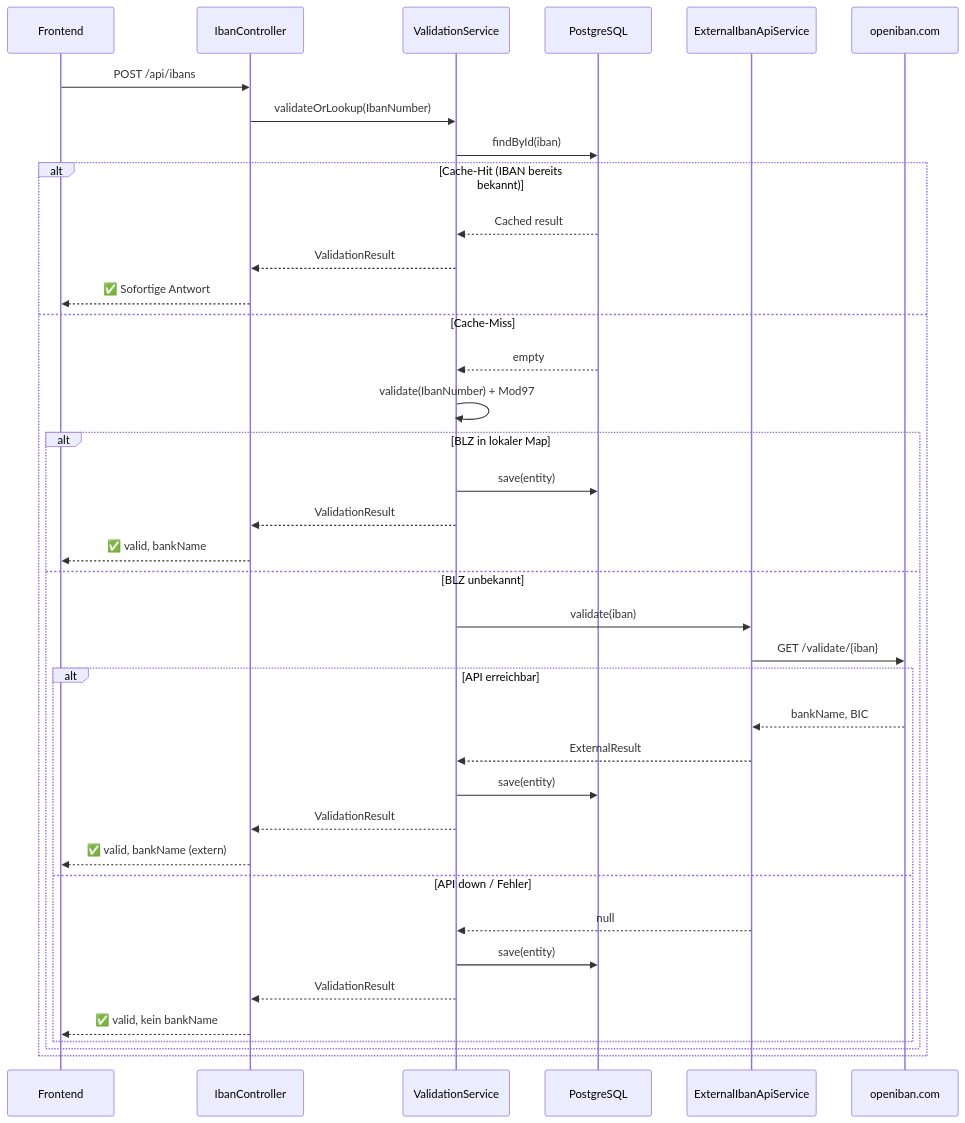
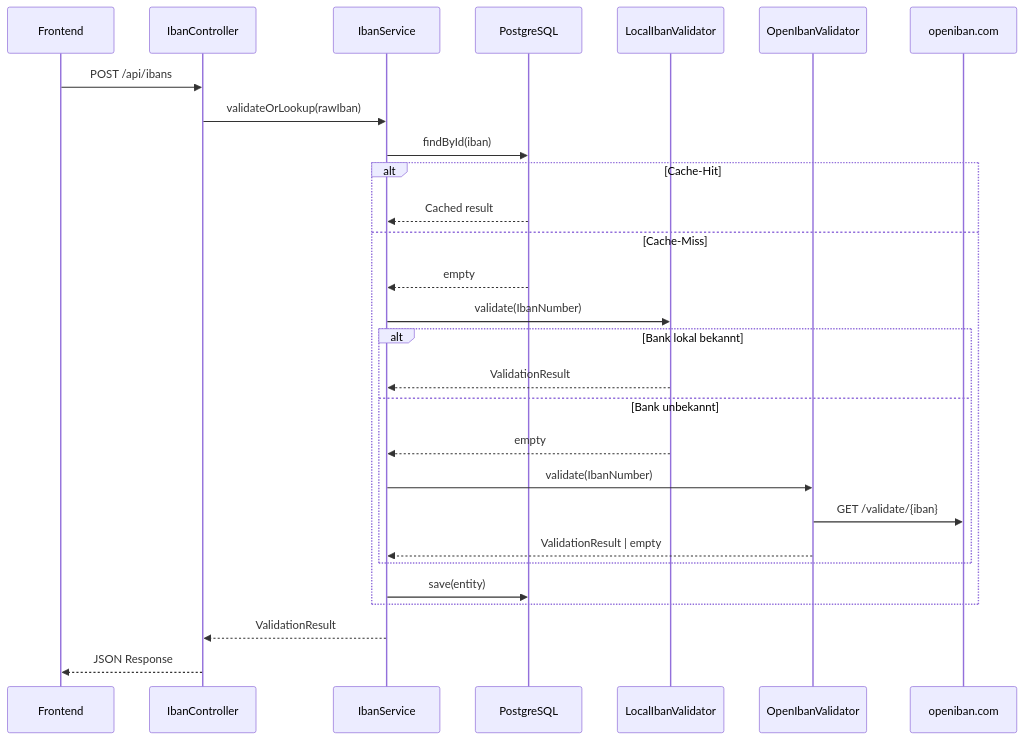
One commit to nicograef/lexiban changed the fourth of 6 diagrams in docs/presentation.md. Above: the diagram before and after it, drawn with Mermaid. The commit also changed other lines of this file, not shown here.

````diff
--- a/docs/presentation.md
+++ b/docs/presentation.md
@@ -260,42 +222,33 @@
 ```mermaid
 sequenceDiagram
     participant FE as Frontend
     participant Ctrl as IbanController
-    participant Svc as ValidationService
+    participant Svc as IbanService
     participant DB as PostgreSQL
-    participant Ext as ExternalIbanApiService
+    participant LV as LocalIbanValidator
+    participant OV as OpenIbanValidator
     participant API as openiban.com
 
     FE->>Ctrl: POST /api/ibans
-    Ctrl->>Svc: validateOrLookup(IbanNumber)
+    Ctrl->>Svc: validateOrLookup(rawIban)
     Svc->>DB: findById(iban)
 
-    alt Cache-Hit (IBAN bereits bekannt)
+    alt Cache-Hit
         DB-->>Svc: Cached result
-        Svc-->>Ctrl: ValidationResult
-        Ctrl-->>FE: ✅ Sofortige Antwort
     else Cache-Miss
         DB-->>Svc: empty
-        Svc->>Svc: validate(IbanNumber) + Mod97
-        alt BLZ in lokaler Map
-            Svc->>DB: save(entity)
-            Svc-->>Ctrl: ValidationResult
-            Ctrl-->>FE: ✅ valid, bankName
-        else BLZ unbekannt
-            Svc->>Ext: validate(iban)
-            Ext->>API: GET /validate/{iban}
-            alt API erreichbar
-                API-->>Ext: bankName, BIC
-                Ext-->>Svc: ExternalResult
-                Svc->>DB: save(entity)
-                Svc-->>Ctrl: ValidationResult
-                Ctrl-->>FE: ✅ valid, bankName (extern)
-            else API down / Fehler
-                Ext-->>Svc: null
-                Svc->>DB: save(entity)
-                Svc-->>Ctrl: ValidationResult
-                Ctrl-->>FE: ✅ valid, kein bankName
-            end
+        Svc->>LV: validate(IbanNumber)
+        alt Bank lokal bekannt
+            LV-->>Svc: ValidationResult
+        else Bank unbekannt
+            LV-->>Svc: empty
+            Svc->>OV: validate(IbanNumber)
+            OV->>API: GET /validate/{iban}
+            OV-->>Svc: ValidationResult | empty
         end
+        Svc->>DB: save(entity)
     end
+
+    Svc-->>Ctrl: ValidationResult
+    Ctrl-->>FE: JSON Response
 ```
````
